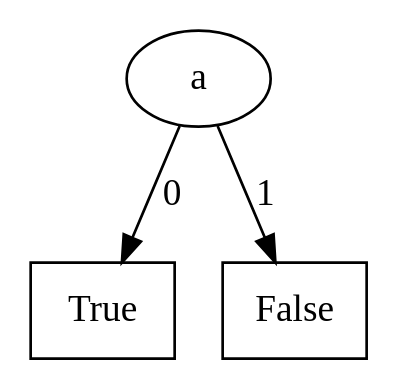
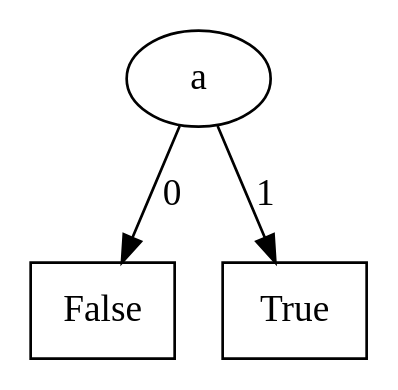
One commit to lputruele/tesis changed the diagram in Mu-calculus_model_checker/f4.dot. Above: the diagram before and after it, drawn with Graphviz. The commit also changed 13 other files, not shown here.

```diff
--- a/Mu-calculus_model_checker/f4.dot
+++ b/Mu-calculus_model_checker/f4.dot
@@ -1,15 +1,15 @@
 digraph BDD {
 node[shape=oval];
 2[label="a"];
 node[shape=rectangle];
+0[label=False];
+node[shape=oval];
+
+2->0[label=0];
+node[shape=rectangle];
 1[label=True];
 node[shape=oval];
 
-2->1[label=0];
-node[shape=rectangle];
-0[label=False];
-node[shape=oval];
-
-2->0[label=1];
+2->1[label=1];
 
 }
```
